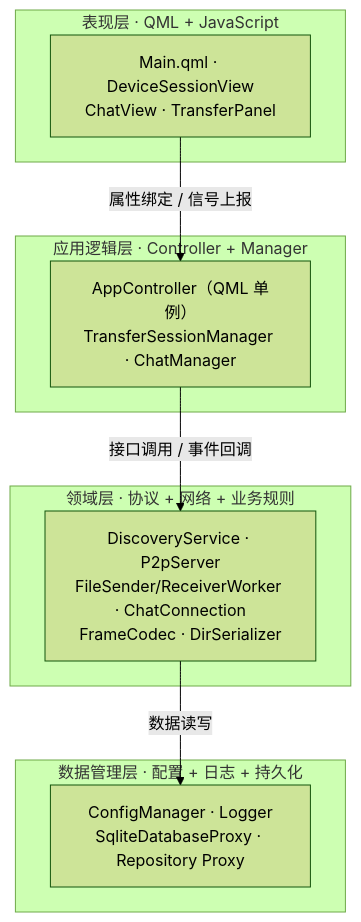
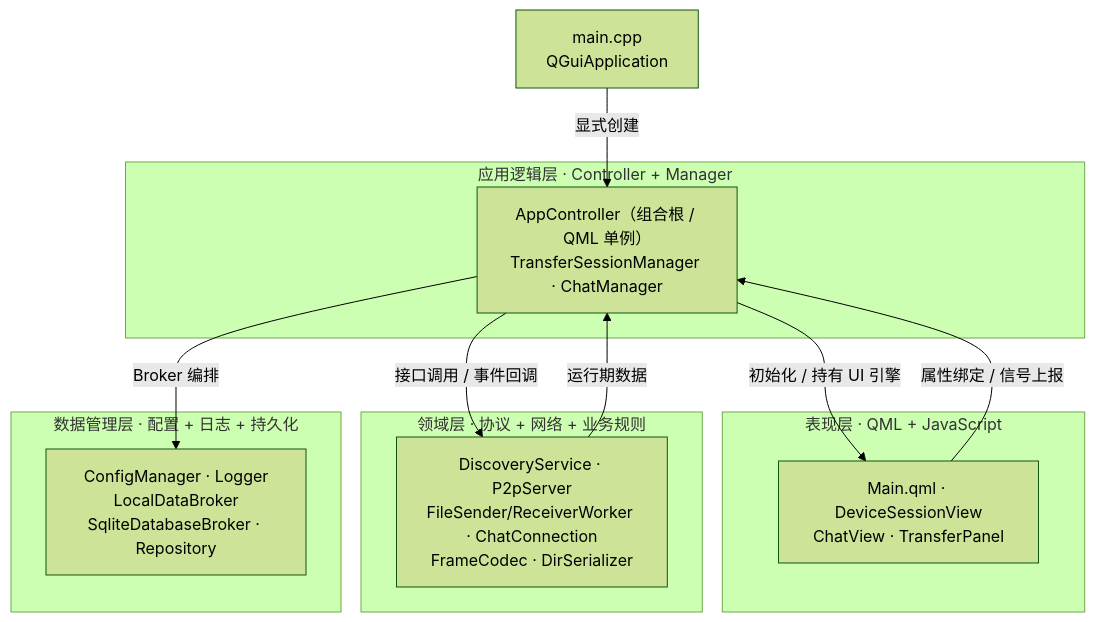
One commit to Gsheep0729/GridYard changed the first of 5 diagrams in README.md. Above: the diagram before and after it, drawn with Mermaid (forest theme). The commit also changed other lines of this file and 75 other files, not shown here.

````diff
--- a/README.md
+++ b/README.md
@@ -120,19 +118,23 @@
 ```mermaid
 graph TD
+    ENTRY["main.cpp<br/>QGuiApplication"]
     subgraph 表现层["表现层 · QML + JavaScript"]
         UI["Main.qml · DeviceSessionView<br/>ChatView · TransferPanel"]
     end
     subgraph 应用逻辑层["应用逻辑层 · Controller + Manager"]
-        APP["AppController（QML 单例）<br/>TransferSessionManager · ChatManager"]
+        APP["AppController（组合根 / QML 单例）<br/>TransferSessionManager · ChatManager"]
     end
     subgraph 领域层["领域层 · 协议 + 网络 + 业务规则"]
         DOM["DiscoveryService · P2pServer<br/>FileSender/ReceiverWorker · ChatConnection<br/>FrameCodec · DirSerializer"]
     end
     subgraph 数据管理层["数据管理层 · 配置 + 日志 + 持久化"]
-        DATA["ConfigManager · Logger<br/>SqliteDatabaseProxy · Repository Proxy"]
+        DATA["ConfigManager · Logger<br/>LocalDataBroker<br/>SqliteDatabaseBroker · Repository"]
     end
 
+    ENTRY -->|"显式创建"| APP
+    APP -->|"初始化 / 持有 UI 引擎"| UI
     UI -->|"属性绑定 / 信号上报"| APP
     APP -->|"接口调用 / 事件回调"| DOM
-    DOM -->|"数据读写"| DATA
+    APP -->|"Broker 编排"| DATA
+    DOM -->|"运行期数据"| APP
 ```
````
